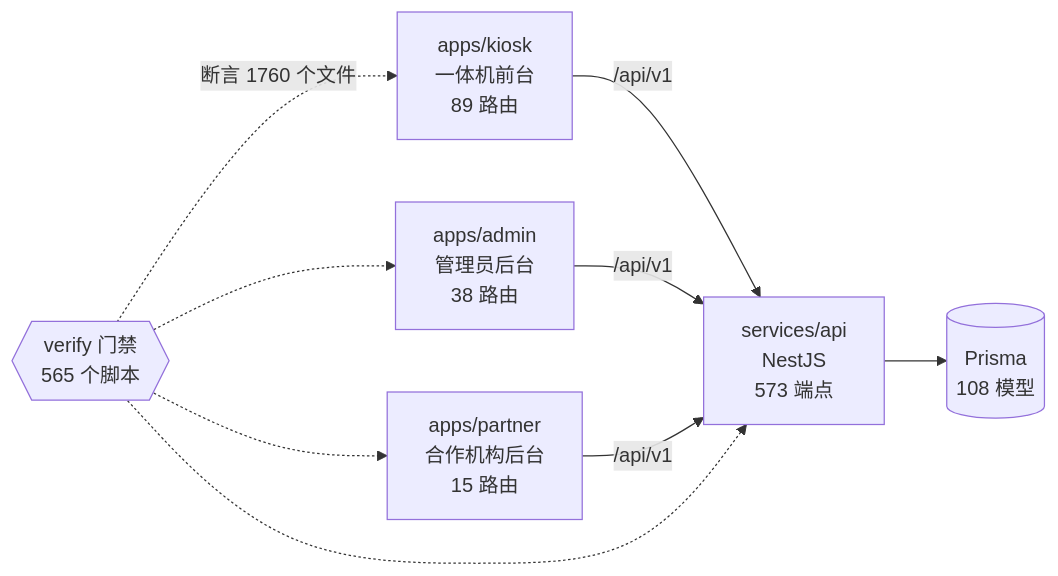
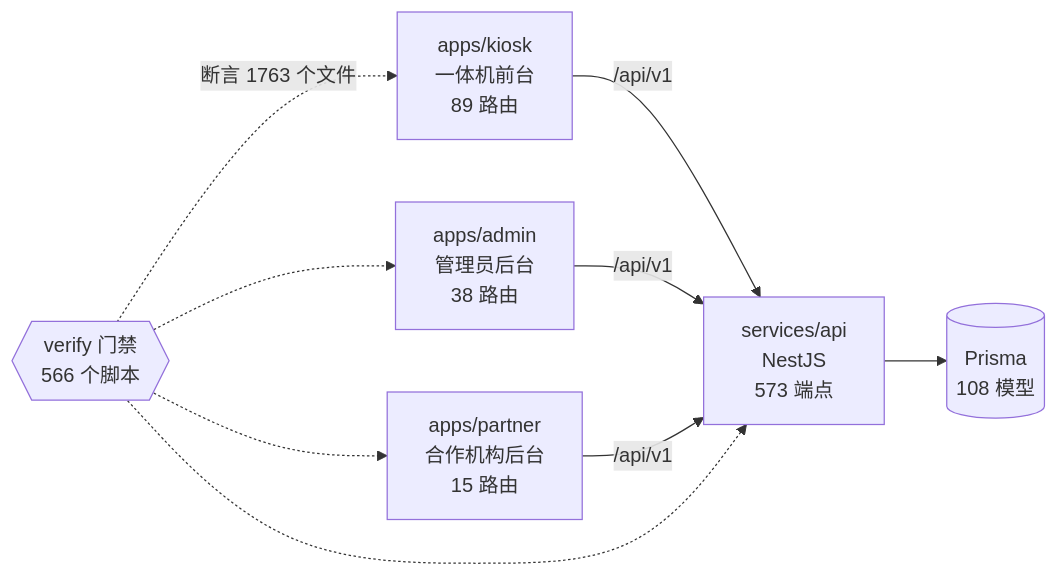
Before and after one commit to wanglei581/YITIJI: the diagram in docs/graph/README.md, drawn with Mermaid. The commit also changed other lines of this file and 3 other files, not shown here.

Commit message:
docs(progress): W-OPT-LOSS 简历优化版不丢内容；重生图谱

````diff
--- a/docs/graph/README.md
+++ b/docs/graph/README.md
@@ -68,18 +68,18 @@
 ```mermaid
 flowchart LR
   kiosk["apps/kiosk<br/>一体机前台<br/>89 路由"]
   admin["apps/admin<br/>管理员后台<br/>38 路由"]
   partner["apps/partner<br/>合作机构后台<br/>15 路由"]
   api["services/api<br/>NestJS<br/>573 端点"]
   db[("Prisma<br/>108 模型")]
-  gates{{"verify 门禁<br/>565 个脚本"}}
+  gates{{"verify 门禁<br/>566 个脚本"}}
 
   kiosk -->|"/api/v1"| api
   admin -->|"/api/v1"| api
   partner -->|"/api/v1"| api
   api --> db
-  gates -.->|"断言 1760 个文件"| kiosk
+  gates -.->|"断言 1763 个文件"| kiosk
   gates -.-> admin
   gates -.-> partner
   gates -.-> api
 ```
````
